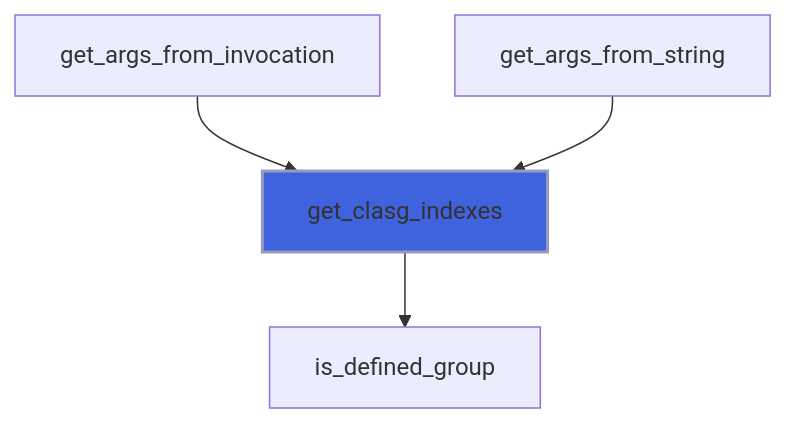
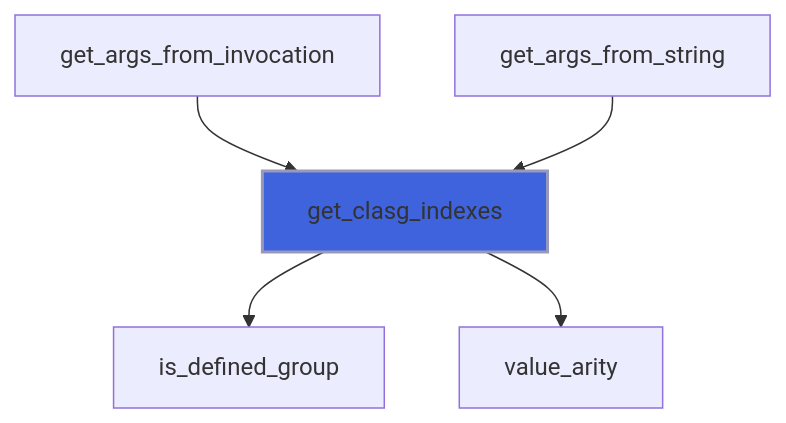
One commit to szaghi/FLAP changed diagram 17 of 57 in docs/api/src/lib/flap_command_line_interface_t.md. Above: the diagram before and after it, drawn with Mermaid. The commit also changed other lines of this file and 17 other files, not shown here.

````diff
--- a/docs/api/src/lib/flap_command_line_interface_t.md
+++ b/docs/api/src/lib/flap_command_line_interface_t.md
@@ -468,7 +736,8 @@
 ```mermaid
 flowchart TD
   get_args_from_invocation["get_args_from_invocation"] --> get_clasg_indexes["get_clasg_indexes"]
   get_args_from_string["get_args_from_string"] --> get_clasg_indexes["get_clasg_indexes"]
   get_clasg_indexes["get_clasg_indexes"] --> is_defined_group["is_defined_group"]
+  get_clasg_indexes["get_clasg_indexes"] --> value_arity["value_arity"]
   style get_clasg_indexes fill:#3e63dd,stroke:#99b,stroke-width:2px
 ```
````
